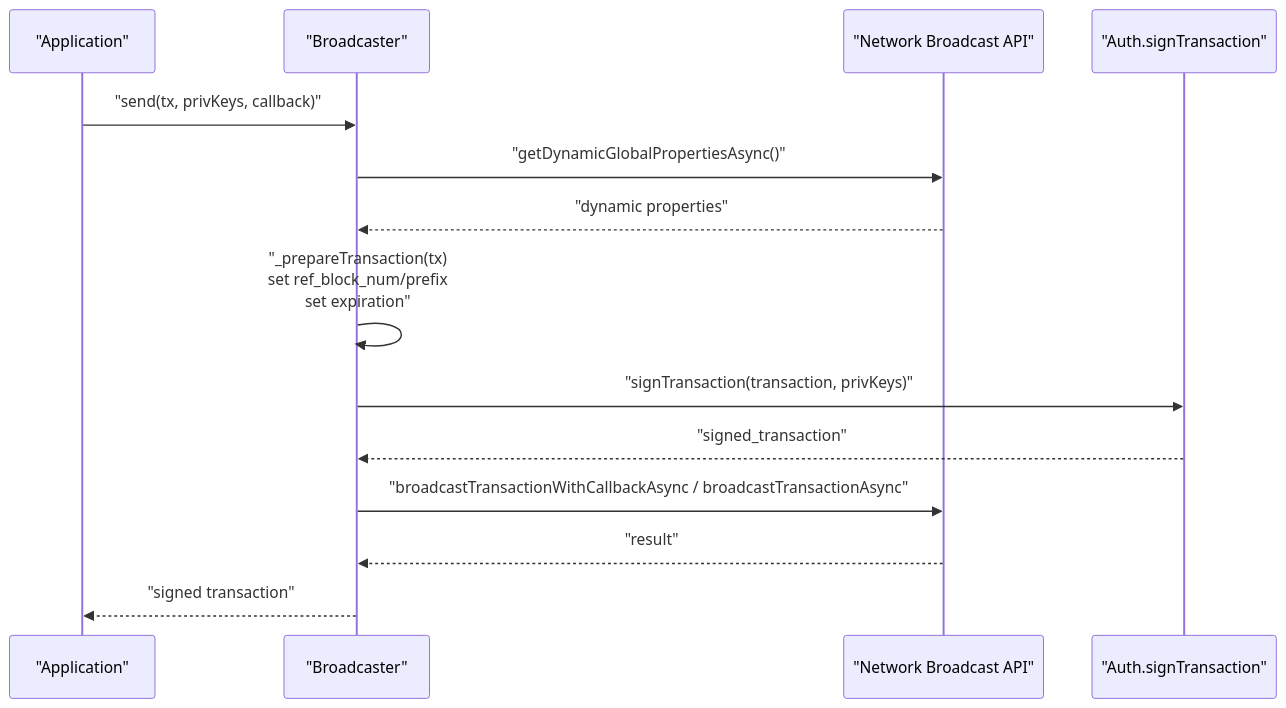
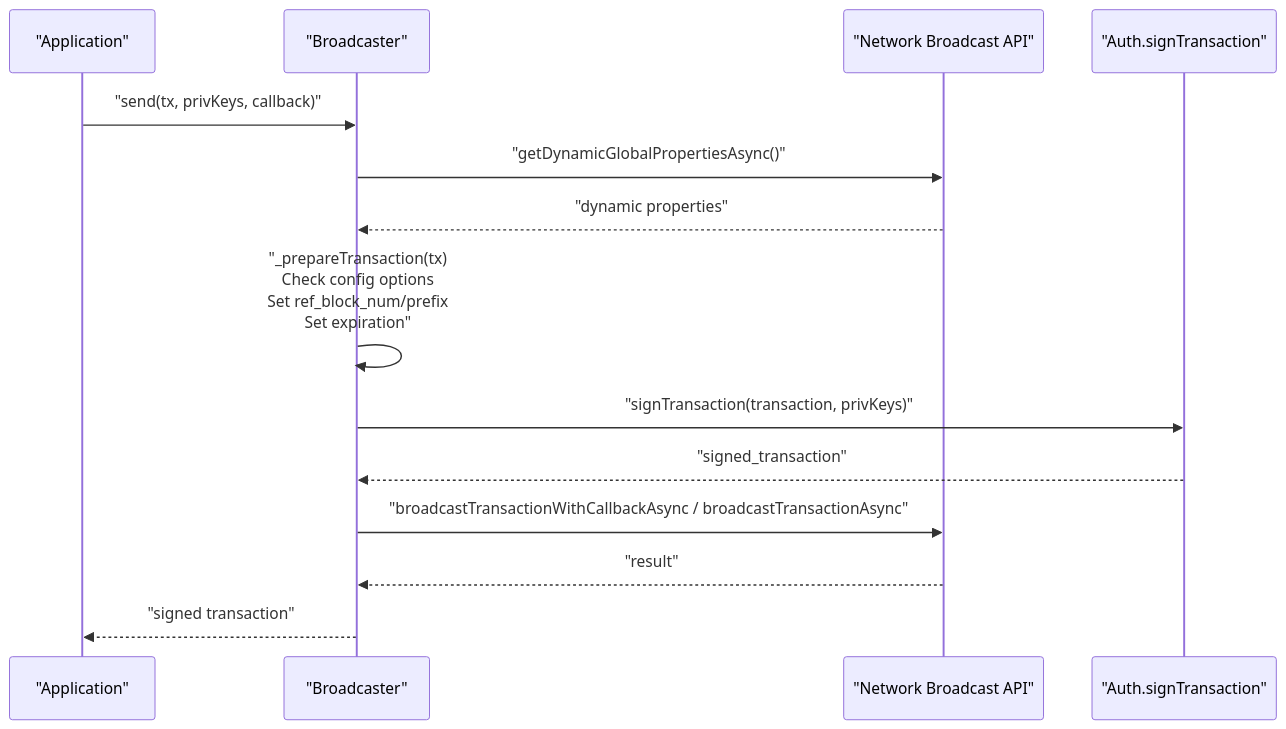
Before and after one commit to VIZ-Blockchain/viz-js-lib: the second of 6 diagrams in .qoder/repowiki/en/content/Broadcast Transactions/Broadcast Transactions.md, drawn with Mermaid. The commit also changed other lines of this file and 3 other files, not shown here.

First line of the commit message:
docs(config): add new options for transaction expiration and irreversible block reference

````diff
--- a/.qoder/repowiki/en/content/Broadcast Transactions/Broadcast Transactions.md
+++ b/.qoder/repowiki/en/content/Broadcast Transactions/Broadcast Transactions.md
@@ -133,16 +145,16 @@
 ```mermaid
 sequenceDiagram
 participant App as "Application"
 participant Br as "Broadcaster"
 participant API as "Network Broadcast API"
 participant Auth as "Auth.signTransaction"
 App->>Br : "send(tx, privKeys, callback)"
 Br->>API : "getDynamicGlobalPropertiesAsync()"
 API-->>Br : "dynamic properties"
-Br->>Br : "_prepareTransaction(tx)<br/>set ref_block_num/prefix<br/>set expiration"
+Br->>Br : "_prepareTransaction(tx)<br/>Check config options<br/>Set ref_block_num/prefix<br/>Set expiration"
 Br->>Auth : "signTransaction(transaction, privKeys)"
 Auth-->>Br : "signed_transaction"
 Br->>API : "broadcastTransactionWithCallbackAsync / broadcastTransactionAsync"
 API-->>Br : "result"
 Br-->>App : "signed transaction"
 ```
````
